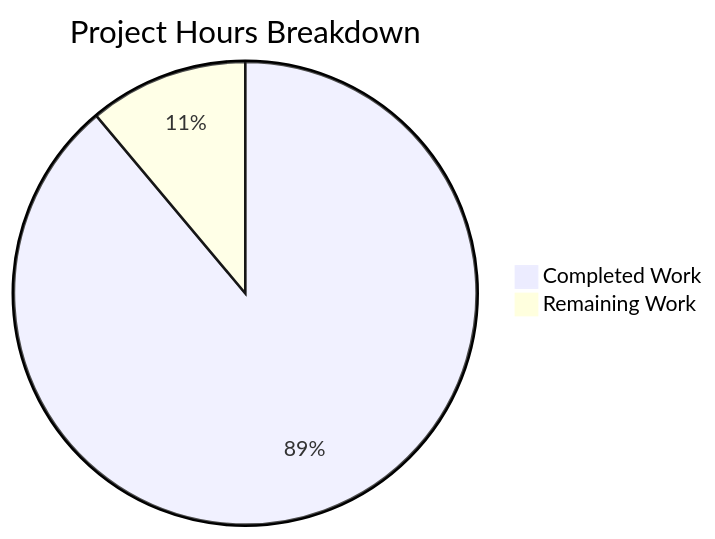
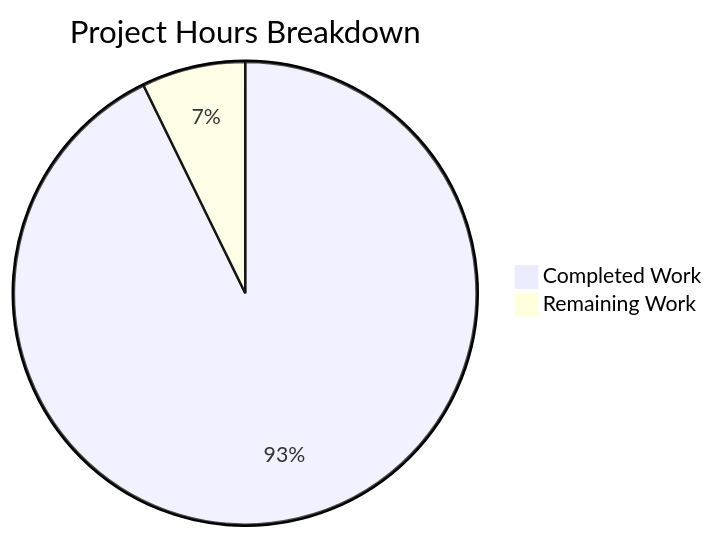
Before and after one commit to sudhanshu-spec/test-spec: the diagram in blitzy/documentation/Project Guide.md, drawn with Mermaid. The commit also changed other lines of this file, not shown here.

Commit message:
Adding Blitzy Project Guide: Project Status and Human Tasks Remaining

````diff
--- a/blitzy/documentation/Project Guide.md
+++ b/blitzy/documentation/Project Guide.md
@@ -53,5 +21,5 @@
 ```mermaid
 pie title Project Hours Breakdown
-    "Completed Work" : 8
-    "Remaining Work" : 1
+    "Completed Work" : 32
+    "Remaining Work" : 2.5
 ```
````
